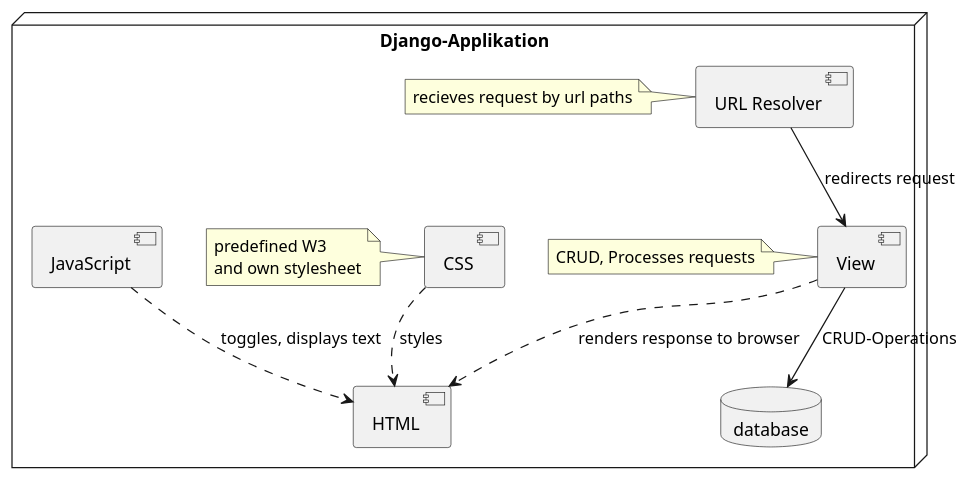
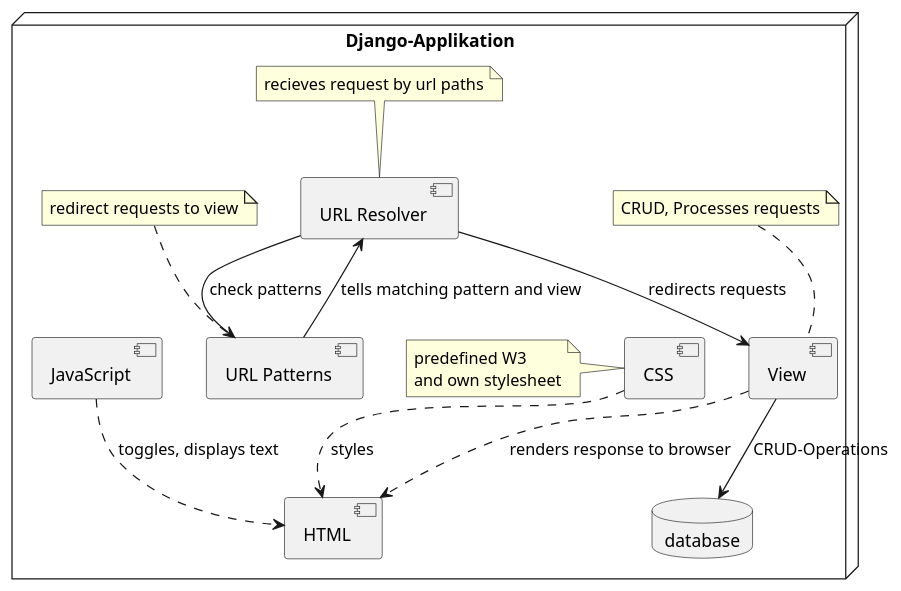
Before and after one commit to EdLaser/I3_Antragsverwaltungstool: the diagram in docs/architecture/diagrams/logical.puml, drawn with PlantUML. The commit also changed 1 other file, not shown here.

Commit message:
updated diagram and architecture  notebbok

```diff
--- a/docs/architecture/diagrams/logical.puml
+++ b/docs/architecture/diagrams/logical.puml
@@ -1,26 +1,30 @@
 @startuml "logische Sicht"
 
 node "Django-Applikation" {
     [HTML]
     [View]
-        note left of [View] : CRUD, Processes requests
+        note top of [View] : CRUD, Processes requests
     [CSS]
         note left of [CSS]
             predefined W3 
             and own stylesheet
         end note
     [URL Resolver]
-        note left of [URL Resolver] : recieves request by url paths
-
+        note top of [URL Resolver] : recieves request by url paths
+    [URL Patterns] 
+        note top of [URL Patterns] :redirect requests to view
+    
     [JavaScript] ..> [HTML] : toggles, displays text
     [CSS] ..> [HTML] : styles
-    [URL Resolver] --> [View] : redirects request
+    [URL Resolver] --> [URL Patterns] : check patterns
+    [URL Patterns] --> [URL Resolver] : tells matching pattern and view
+    [URL Resolver] --> [View] : redirects requests
     [View] ..> [HTML] : renders response to browser
     
     [View] --> database : CRUD-Operations
 }
 
 database "MySQL-Datenbank" as database {
 
 }
 @enduml
```
